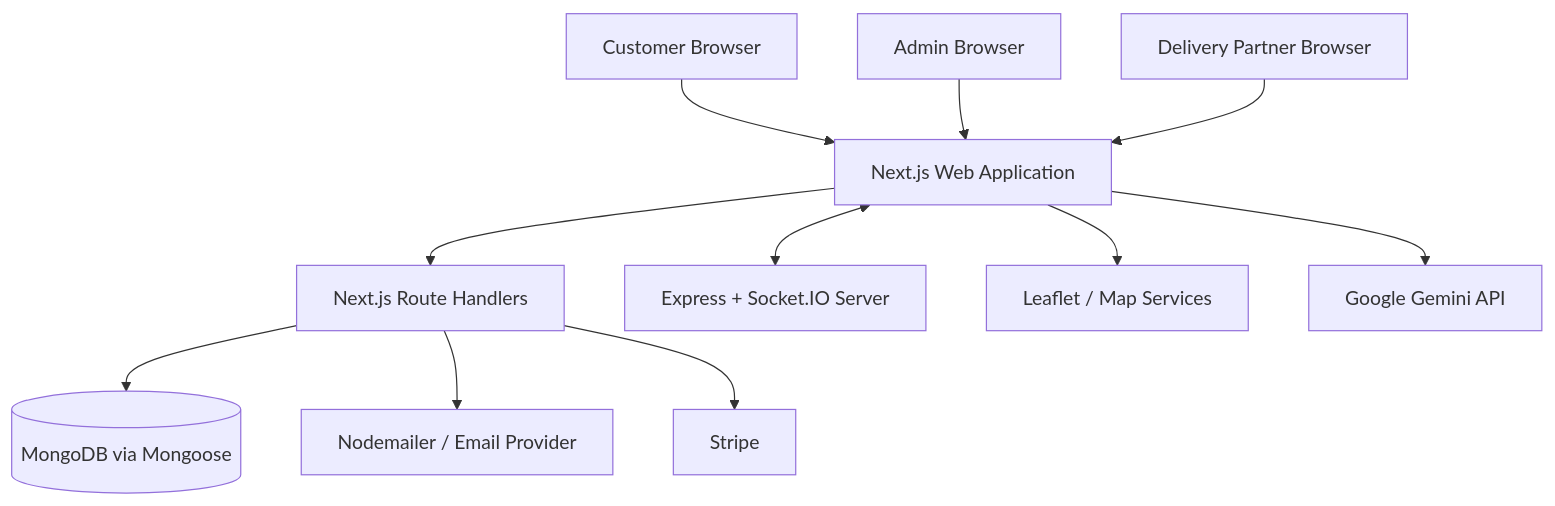
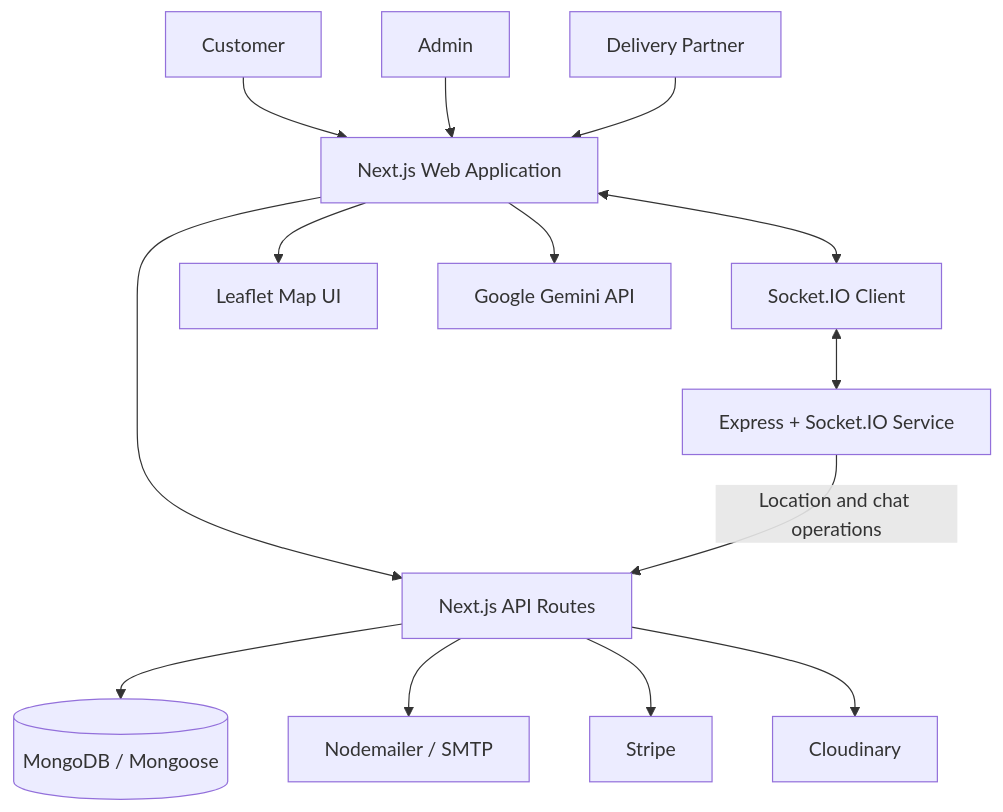
One commit to samarthpandey158/groceryFolder changed the diagram in README.md. Above: the diagram before and after it, drawn with Mermaid. The commit also changed other lines of this file, not shown here.

````diff
--- a/README.md
+++ b/README.md
@@ -120,13 +124,19 @@
 ```mermaid
 flowchart TD
-    C[Customer Browser] --> W[Next.js Web Application]
-    A[Admin Browser] --> W
-    D[Delivery Partner Browser] --> W
-    W --> API[Next.js Route Handlers]
-    API --> DB[(MongoDB via Mongoose)]
-    W <--> S[Express + Socket.IO Server]
-    W --> MAP[Leaflet / Map Services]
-    API --> MAIL[Nodemailer / Email Provider]
-    API --> PAY[Stripe]
-    W --> AI[Google Gemini API]
+    Customer[Customer] --> Web[Next.js Web Application]
+    Admin[Admin] --> Web
+    Delivery[Delivery Partner] --> Web
+
+    Web --> API[Next.js API Routes]
+    API --> DB[(MongoDB / Mongoose)]
+
+    Web <--> Client[Socket.IO Client]
+    Client <--> Socket[Express + Socket.IO Service]
+    Socket -->|Location and chat operations| API
+
+    Web --> Maps[Leaflet Map UI]
+    Web --> AI[Google Gemini API]
+    API --> Email[Nodemailer / SMTP]
+    API --> Payment[Stripe]
+    API --> Media[Cloudinary]
 ```
````
